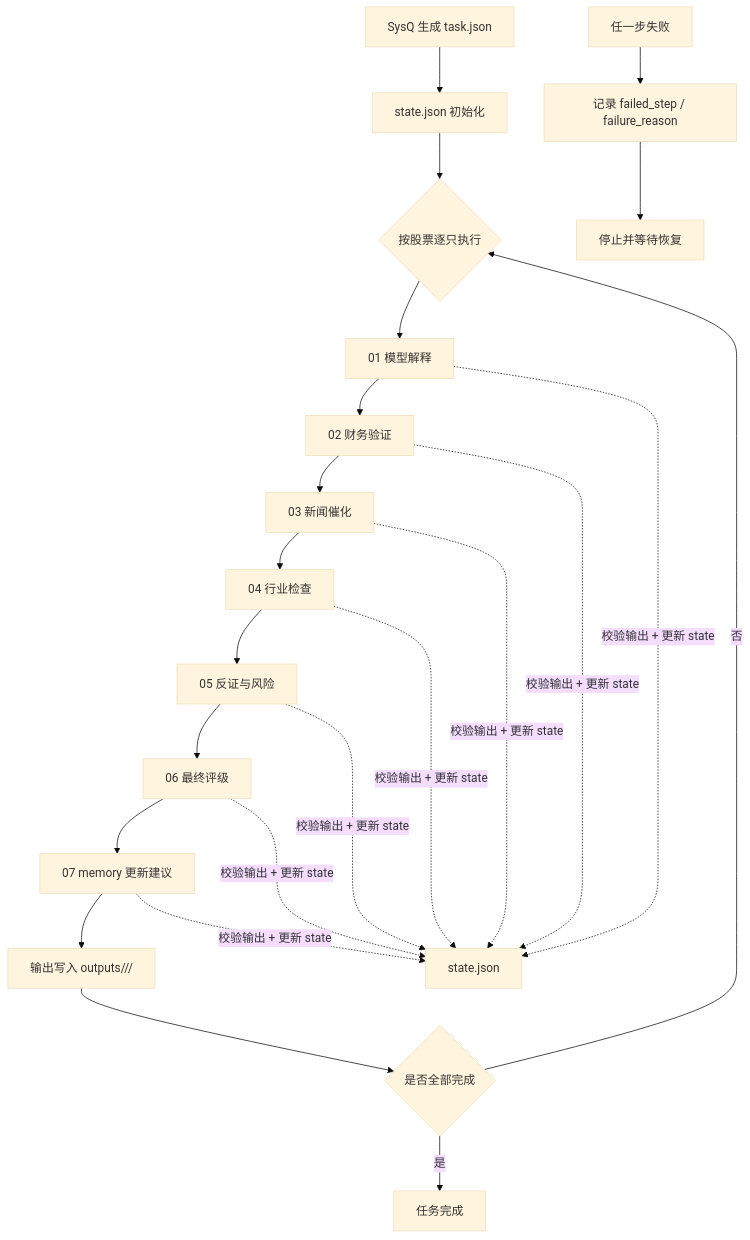
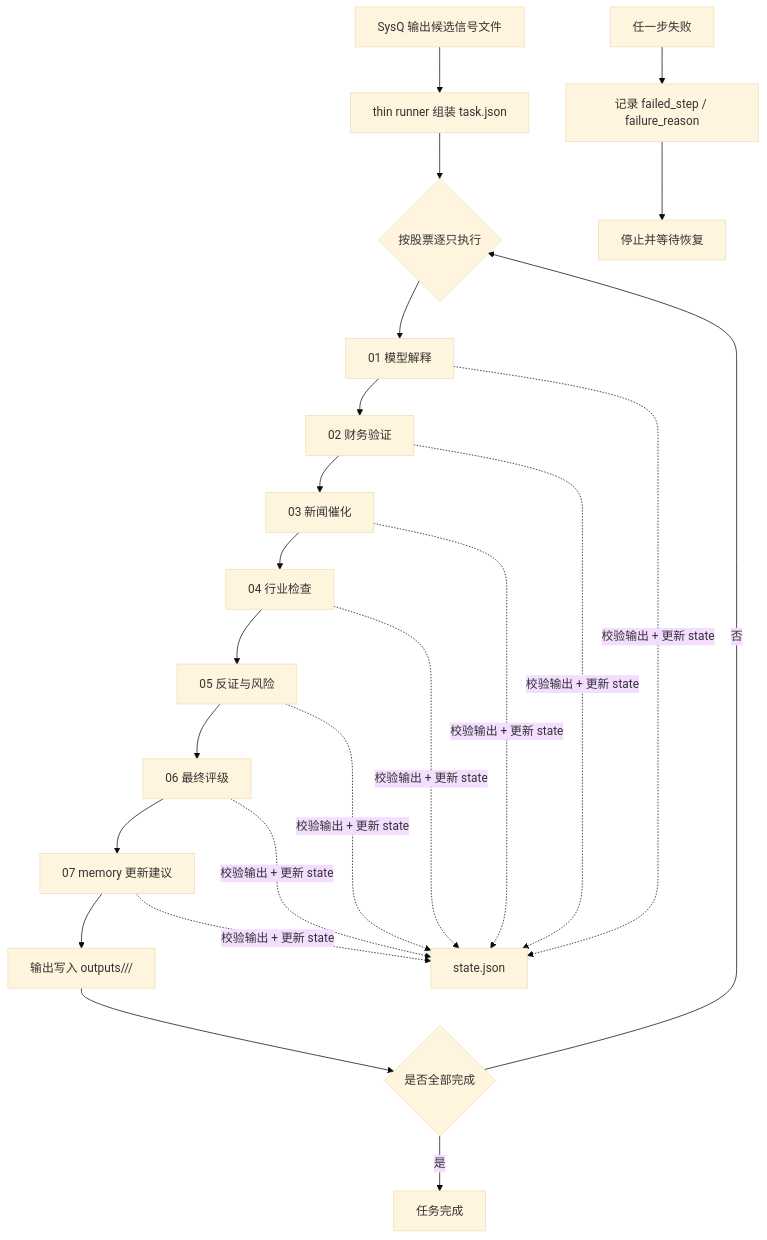
Before and after one commit to sinnergarden/SysA: the diagram in README.md, drawn with Mermaid (base theme). The commit also changed other lines of this file and 3 other files, not shown here.

````diff
--- a/README.md
+++ b/README.md
@@ -17,27 +17,27 @@
 ```mermaid
 flowchart TD
-    A[SysQ 生成 task.json] --> B[state.json 初始化]
+    A[SysQ 输出候选信号文件] --> B[thin runner 组装 task.json]
     B --> C{按股票逐只执行}
     C --> D[01 模型解释]
     D --> E[02 财务验证]
     E --> F[03 新闻催化]
     F --> G[04 行业检查]
     G --> H[05 反证与风险]
     H --> I[06 最终评级]
     I --> J[07 memory 更新建议]
     J --> K[输出写入 outputs/<task_id>/<ts_code>/]
     K --> L{是否全部完成}
     L -- 否 --> C
     L -- 是 --> M[任务完成]
 
     D -. 校验输出 + 更新 state .-> N[state.json]
     E -. 校验输出 + 更新 state .-> N
     F -. 校验输出 + 更新 state .-> N
     G -. 校验输出 + 更新 state .-> N
     H -. 校验输出 + 更新 state .-> N
     I -. 校验输出 + 更新 state .-> N
     J -. 校验输出 + 更新 state .-> N
 
     X[任一步失败] --> Y[记录 failed_step / failure_reason]
     Y --> Z[停止并等待恢复]
 ```
````
